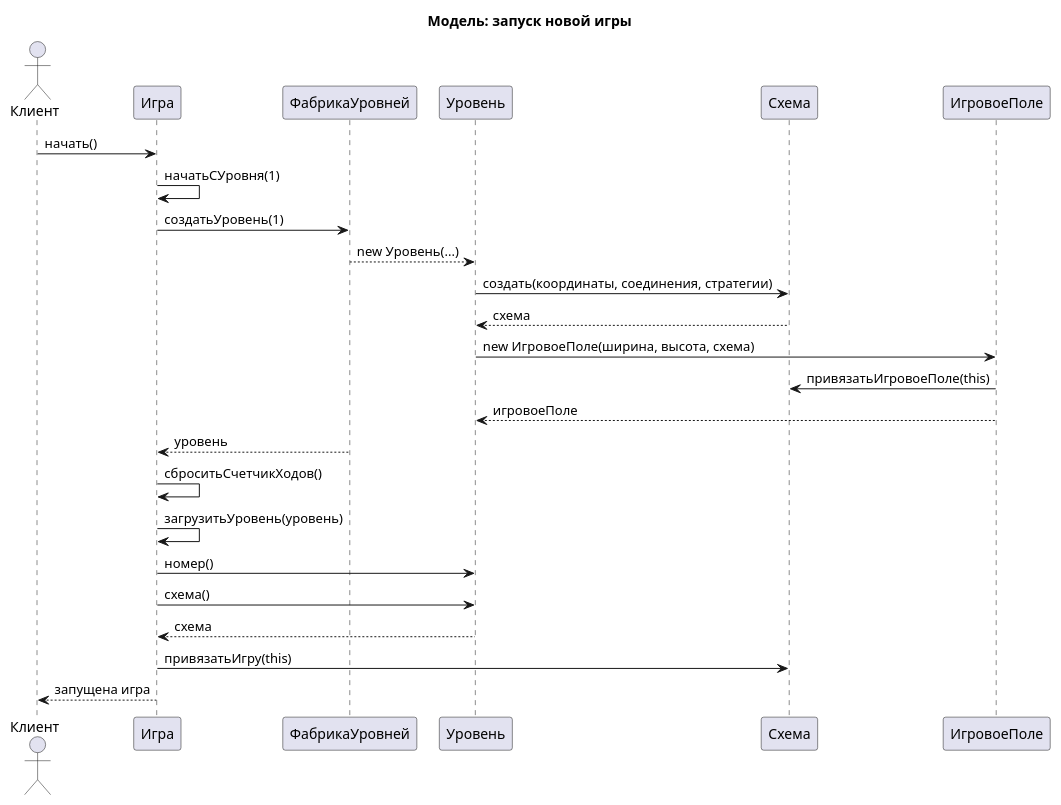
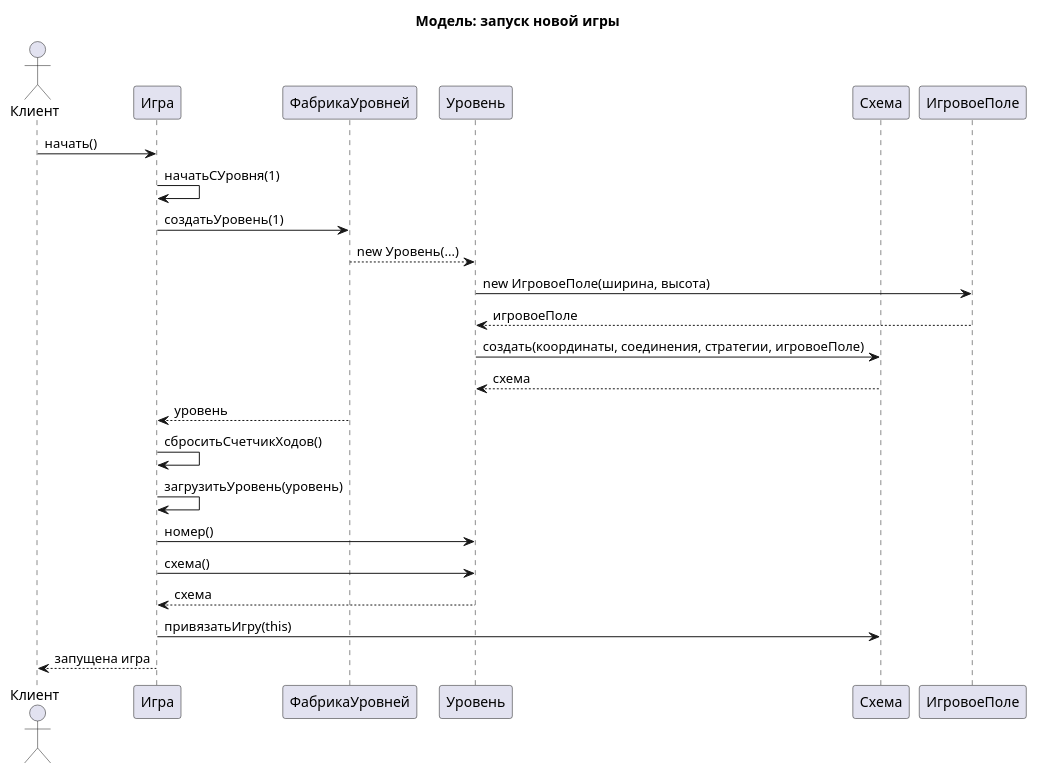
The diagram in diagrams/Model sequence diagrams/01 Start new game.puml (dmitriyBreyfogel/Untangle), drawn with PlantUML before and after one commit. The commit also changed 15 other files, not shown here.

Commit message:
[model] Убрана связь игрового поля со схемой

```diff
--- a/diagrams/Model sequence diagrams/01 Start new game.puml
+++ b/diagrams/Model sequence diagrams/01 Start new game.puml
@@ -1,29 +1,28 @@
 @startuml
 title Модель: запуск новой игры
 
 actor Клиент
 participant "Игра" as Игра
 participant "ФабрикаУровней" as ФабрикаУровней
 participant "Уровень" as Уровень
 participant "Схема" as Схема
 participant "ИгровоеПоле" as ИгровоеПоле
 
 Клиент -> Игра : начать()
 Игра -> Игра : начатьСУровня(1)
 Игра -> ФабрикаУровней : создатьУровень(1)
 ФабрикаУровней --> Уровень : new Уровень(...)
-Уровень -> Схема : создать(координаты, соединения, стратегии)
+Уровень -> ИгровоеПоле : new ИгровоеПоле(ширина, высота)
+ИгровоеПоле --> Уровень : игровоеПоле
+Уровень -> Схема : создать(координаты, соединения, стратегии, игровоеПоле)
 Схема --> Уровень : схема
-Уровень -> ИгровоеПоле : new ИгровоеПоле(ширина, высота, схема)
-ИгровоеПоле -> Схема : привязатьИгровоеПоле(this)
-ИгровоеПоле --> Уровень : игровоеПоле
 ФабрикаУровней --> Игра : уровень
 Игра -> Игра : сброситьСчетчикХодов()
 Игра -> Игра : загрузитьУровень(уровень)
 Игра -> Уровень : номер()
 Игра -> Уровень : схема()
 Уровень --> Игра : схема
 Игра -> Схема : привязатьИгру(this)
 Игра --> Клиент : запущена игра
 
 @enduml
```
